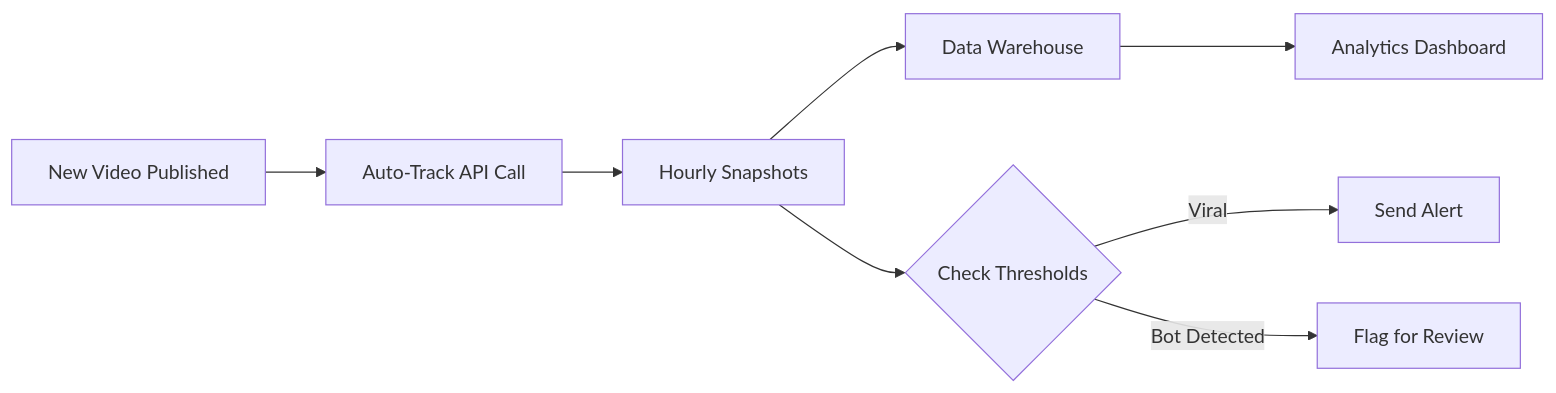
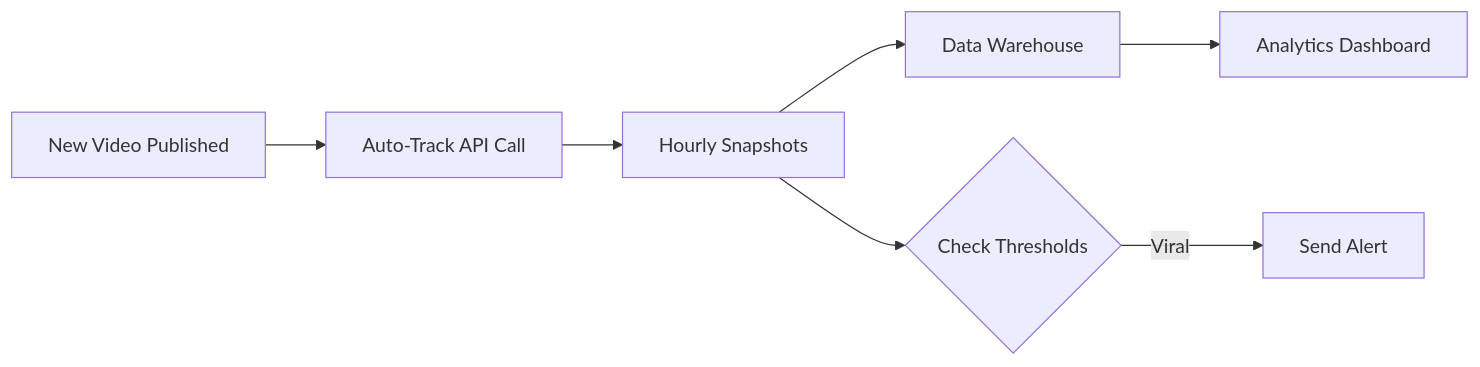
Before and after one commit to ContentStats/docs: the diagram in guides/general/automate-analytics.mdx, drawn with Mermaid. The commit also changed other lines of this file and 25 other files, not shown here.

````diff
--- a/guides/general/automate-analytics.mdx
+++ b/guides/general/automate-analytics.mdx
@@ -173,10 +171,9 @@
 ```mermaid
 graph LR
     A[New Video Published] --> B[Auto-Track API Call]
     B --> C[Hourly Snapshots]
     C --> D[Data Warehouse]
     D --> E[Analytics Dashboard]
     C --> F{Check Thresholds}
     F -->|Viral| G[Send Alert]
-    F -->|Bot Detected| H[Flag for Review]
 ```
````
